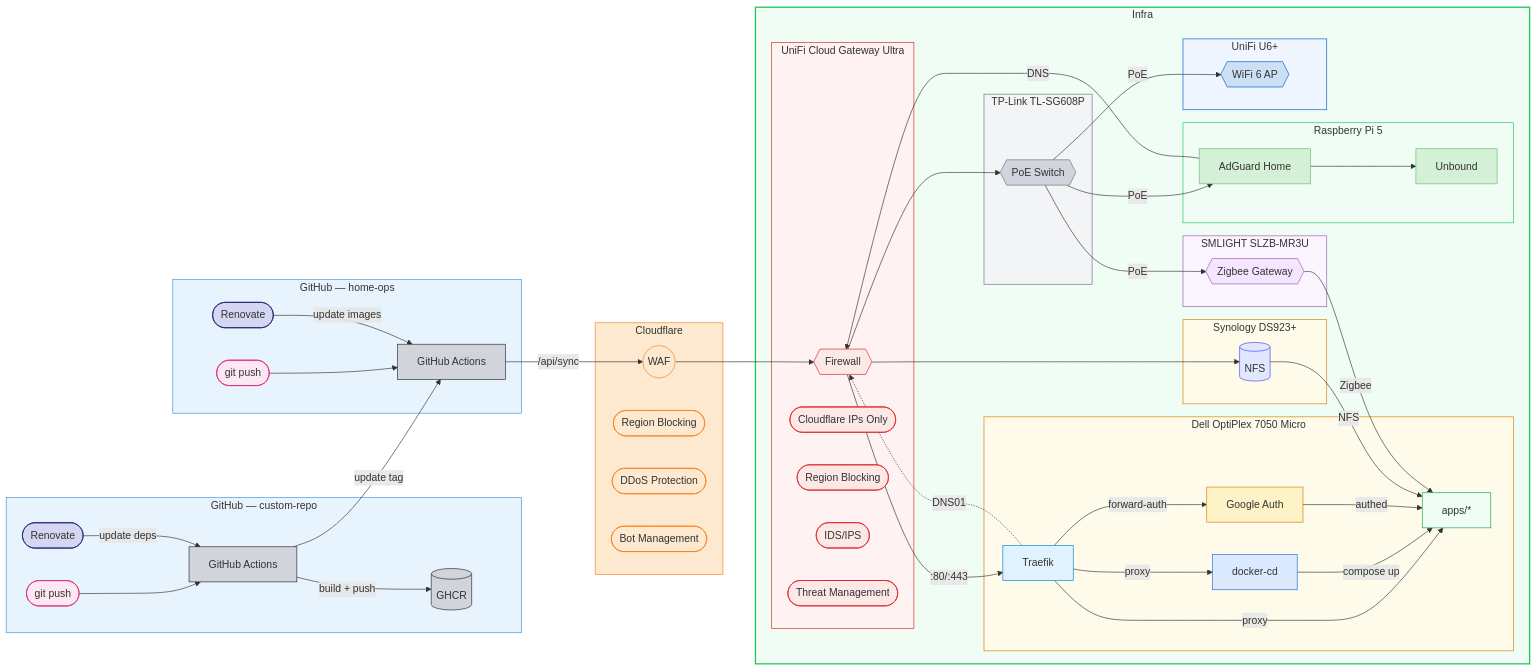
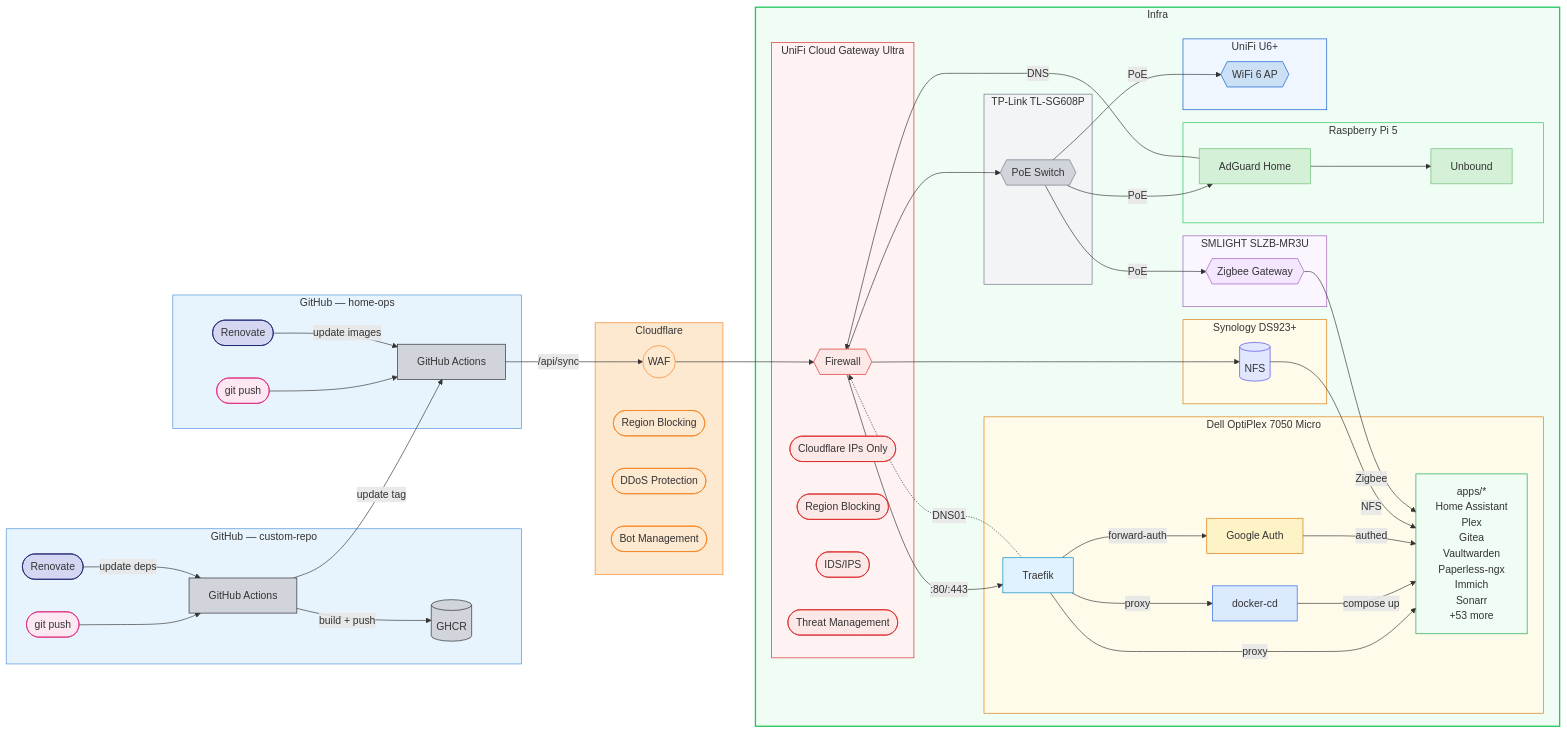
One commit to wajeht/home-ops changed the diagram in README.md. Above: the diagram before and after it, drawn with Mermaid.

Commit message:
docs: update architecture diagram to reflect current setup

```diff
--- a/README.md
+++ b/README.md
@@ -44,9 +44,19 @@
 
     subgraph infra[Infra]
         subgraph dell[Dell OptiPlex 7050 Micro]
-            docker_cd[docker-cd] -->|compose up| apps[apps/*]
+            docker_cd[docker-cd] -->|compose up| apps
             traefik[Traefik] -->|proxy| docker_cd
             traefik -->|forward-auth| google_auth[Google Auth] -->|authed| apps
+
+            apps["apps/*
+            Home Assistant
+            Plex
+            Gitea
+            Vaultwarden
+            Paperless-ngx
+            Immich
+            Sonarr
+            +53 more"]
         end
 
         subgraph nas[Synology DS923+]
```
